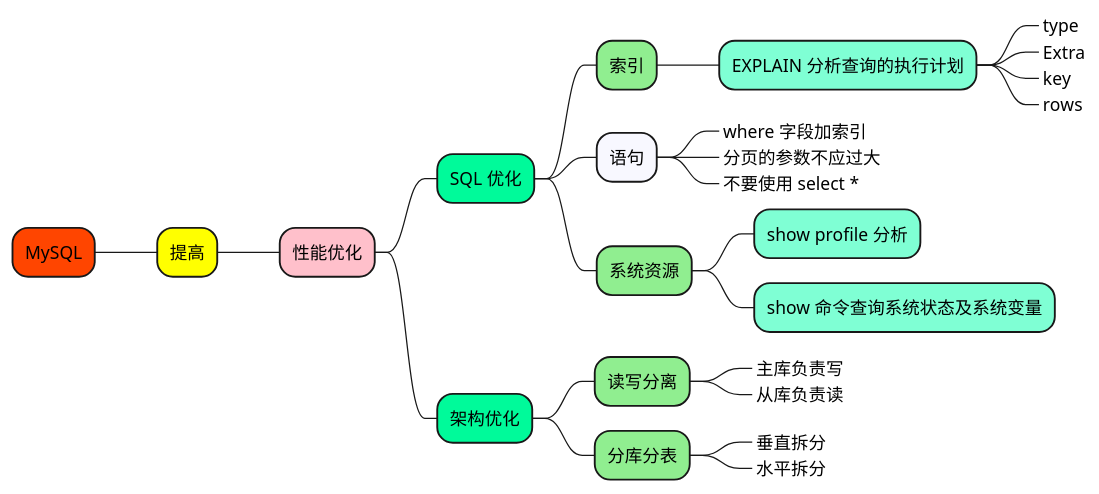
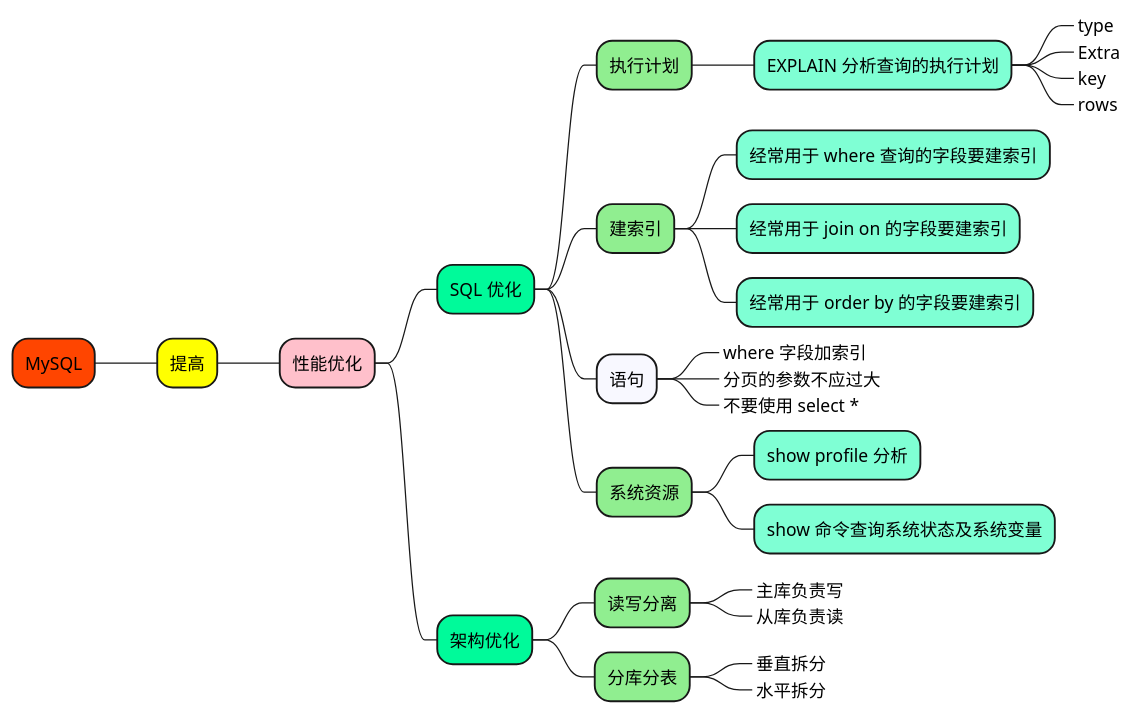
The diagram in 1_map/database/MySQL-提高.puml (doveg/self-cultivation-of-a-software-engineer), drawn with PlantUML before and after one commit. The commit also changed 3 other files, not shown here.

```diff
--- a/1_map/database/MySQL-提高.puml
+++ b/1_map/database/MySQL-提高.puml
@@ -1,40 +1,43 @@
 @startmindmap
 
 +[#OrangeRed] MySQL
 
 ++[#yellow] 提高
 
 +++[#Pink] 性能优化
 
 ++++[#MediumSpringGreen] SQL 优化
 
-+++++[#LightGreen] 索引
++++++[#LightGreen] 执行计划
 ++++++[#Aquamarine] EXPLAIN 分析查询的执行计划
 +++++++[#Aquamarine]_ type
 +++++++[#Aquamarine]_ Extra
 +++++++[#Aquamarine]_ key
 +++++++[#Aquamarine]_ rows
+
++++++[#LightGreen] 建索引
+++++++[#Aquamarine] 经常用于 where 查询的字段要建索引
+++++++[#Aquamarine] 经常用于 join on 的字段要建索引
+++++++[#Aquamarine] 经常用于 order by 的字段要建索引
 
 +++++[#GhostWhite] 语句
 ++++++[#LightBlue]_ where 字段加索引
 ++++++[#LightBlue]_ 分页的参数不应过大
 ++++++[#LightBlue]_ 不要使用 select *
 
 +++++[#LightGreen] 系统资源
 ++++++[#Aquamarine] show profile 分析
 ++++++[#Aquamarine] show 命令查询系统状态及系统变量
 
 ++++[#MediumSpringGreen] 架构优化
 
 +++++[#LightGreen] 读写分离
 ++++++[#Aquamarine]_ 主库负责写
 ++++++[#Aquamarine]_ 从库负责读
 
 +++++[#LightGreen] 分库分表
 ++++++[#Aquamarine]_ 垂直拆分
 ++++++[#Aquamarine]_ 水平拆分
 
 
-
-
 @endmindmap
```
